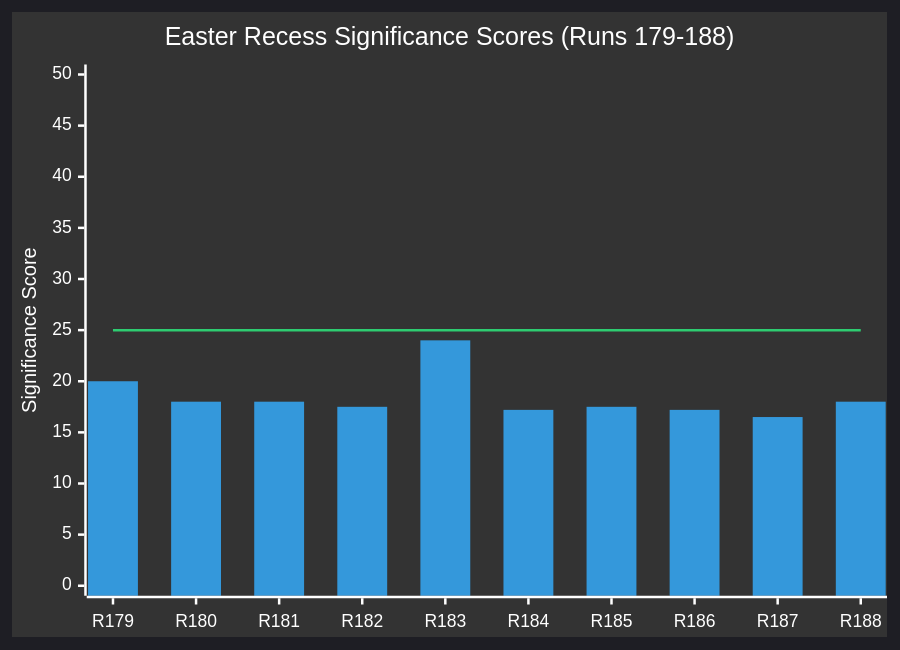
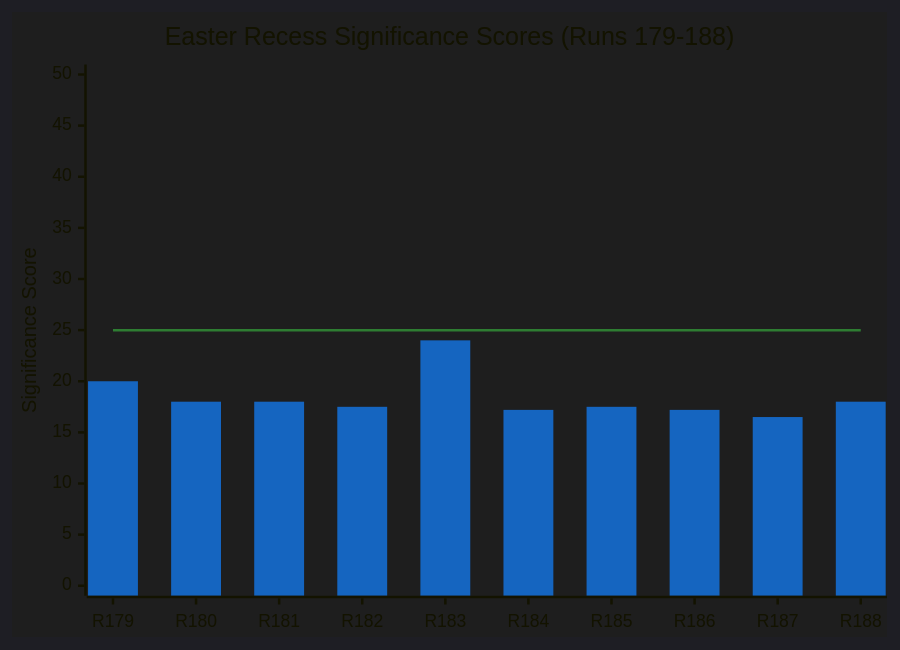
One commit to Hack23/euparliamentmonitor changed the diagram in analysis/daily/2026-04-19/breaking-run188/intelligence/significance-scoring.md. Above: the diagram before and after it, drawn with Mermaid. The commit also changed other lines of this file and 13 other files, not shown here.

````diff
--- a/analysis/daily/2026-04-19/breaking-run188/intelligence/significance-scoring.md
+++ b/analysis/daily/2026-04-19/breaking-run188/intelligence/significance-scoring.md
@@ -139,9 +140,9 @@
 ```mermaid
-%%{init: {"theme":"dark","themeVariables":{"primaryColor":"#1565C0","primaryTextColor":"#ffffff","primaryBorderColor":"#0A3F7F","lineColor":"#90CAF9","secondaryColor":"#2E7D32","secondaryTextColor":"#ffffff","secondaryBorderColor":"#0F3F00","tertiaryColor":"#FF9800","tertiaryTextColor":"#000000","tertiaryBorderColor":"#7F4F00","mainBkg":"#1565C0","secondBkg":"#2E7D32","tertiaryBkg":"#FF9800","fontFamily":"Inter, Helvetica, Arial, sans-serif"}}}%%
+%%{init: {"theme":"dark","themeVariables":{"primaryColor":"#1565C0","primaryTextColor":"#ffffff","primaryBorderColor":"#0A3F7F","lineColor":"#90CAF9","secondaryColor":"#2E7D32","secondaryTextColor":"#ffffff","secondaryBorderColor":"#0F3F00","tertiaryColor":"#FF9800","tertiaryTextColor":"#000000","tertiaryBorderColor":"#7F4F00","mainBkg":"#1565C0","secondBkg":"#2E7D32","tertiaryBkg":"#FF9800","noteBkgColor":"#FFC107","noteTextColor":"#000000","noteBorderColor":"#7F6000","errorBkgColor":"#D32F2F","errorTextColor":"#ffffff","fontFamily":"Inter, Helvetica, Arial, sans-serif","pie1":"#1565C0","pie2":"#2E7D32","pie3":"#FF9800","pie4":"#D32F2F","pie5":"#FFC107","pie6":"#7B1FA2","pie7":"#9E9E9E","pie8":"#0288D1","pie9":"#388E3C","pie10":"#F57C00","pie11":"#C62828","pie12":"#FBC02D","pieTitleTextSize":"18px","pieSectionTextSize":"14px","pieLegendTextSize":"13px","pieStrokeColor":"#1e1e1e","pieOuterStrokeColor":"#1e1e1e","git0":"#1565C0","git1":"#2E7D32","git2":"#FF9800","git3":"#D32F2F","gitBranchLabel0":"#ffffff","gitBranchLabel1":"#ffffff","gitBranchLabel2":"#000000","gitBranchLabel3":"#ffffff","cScale0":"#1565C0","cScale1":"#2E7D32","cScale2":"#FF9800","cScale3":"#D32F2F","cScale4":"#FFC107","cScale5":"#7B1FA2","cScale6":"#9E9E9E","cScale7":"#0288D1","xyChart":{"backgroundColor":"#1e1e1e","plotColorPalette":"#1565C0,#2E7D32,#FF9800,#D32F2F,#FFC107,#7B1FA2,#9E9E9E"}}}}%%
 xychart-beta
     title "Easter Recess Significance Scores (Runs 179-188)"
     x-axis ["R179", "R180", "R181", "R182", "R183", "R184", "R185", "R186", "R187", "R188"]
     y-axis "Significance Score" 0 --> 50
     bar [20, 18, 18, 17.5, 24, 17.2, 17.5, 17.2, 16.5, 18]
     line [25, 25, 25, 25, 25, 25, 25, 25, 25, 25]
 ```
````
